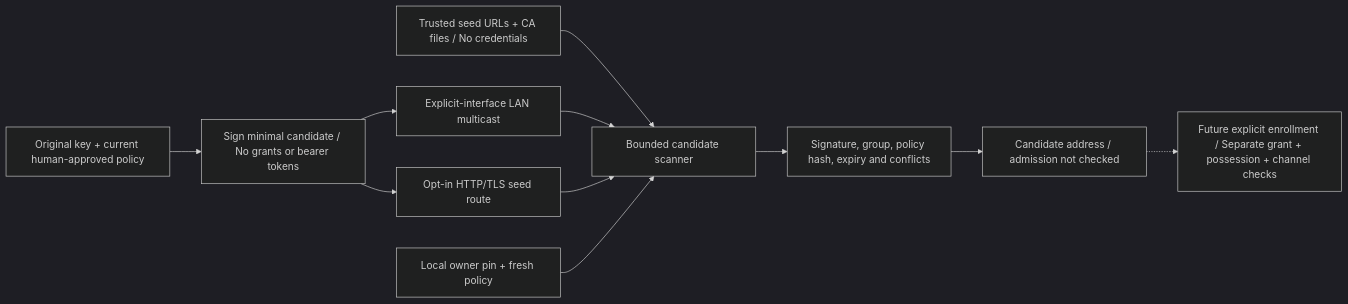
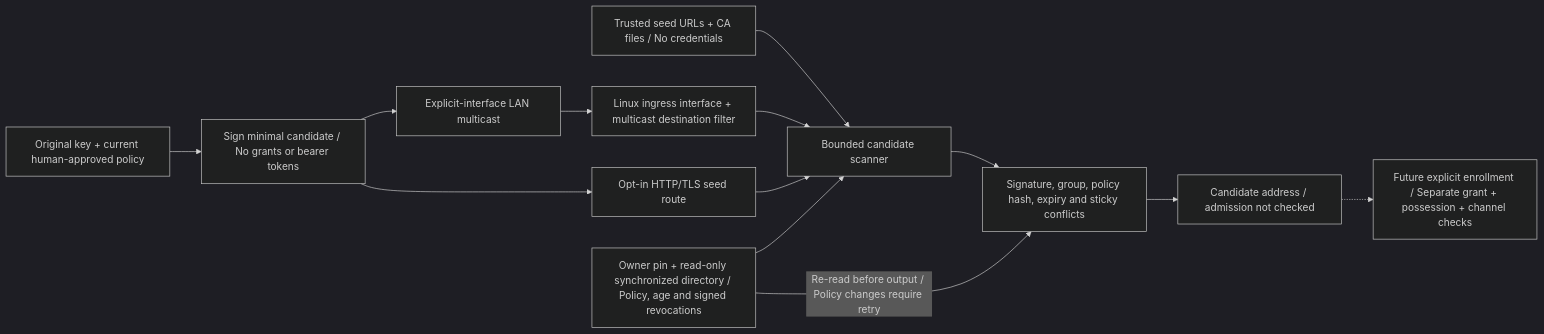
The second of 2 diagrams in docs/architecture.md (lgdu/tailnet-agents), drawn with Mermaid (dark theme) before and after one commit. The commit also changed other lines of this file and 10 other files, not shown here.

````diff
--- a/docs/architecture.md
+++ b/docs/architecture.md
@@ -163,13 +163,15 @@
 ```mermaid
 flowchart LR
   STATE["Original key + current human-approved policy"] --> SIGN["Sign minimal candidate / No grants or bearer tokens"]
   SIGN --> LAN["Explicit-interface LAN multicast"]
   SIGN --> SEED["Opt-in HTTP/TLS seed route"]
   CONFIG["Trusted seed URLs + CA files / No credentials"] --> SCAN["Bounded candidate scanner"]
-  LAN --> SCAN
+  LAN --> INGRESS["Linux ingress interface + multicast destination filter"]
+  INGRESS --> SCAN
   SEED --> SCAN
-  LOCAL["Local owner pin + fresh policy"] --> SCAN
-  SCAN --> VERIFY["Signature, group, policy hash, expiry and conflicts"]
+  LOCAL["Owner pin + read-only synchronized directory / Policy, age and signed revocations"] --> SCAN
+  SCAN --> VERIFY["Signature, group, policy hash, expiry and sticky conflicts"]
+  LOCAL -->|"Re-read before output / Policy changes require retry"| VERIFY
   VERIFY --> CAND["Candidate address / admission not checked"]
   CAND -.-> HUMAN["Future explicit enrollment / Separate grant + possession + channel checks"]
 ```
````
